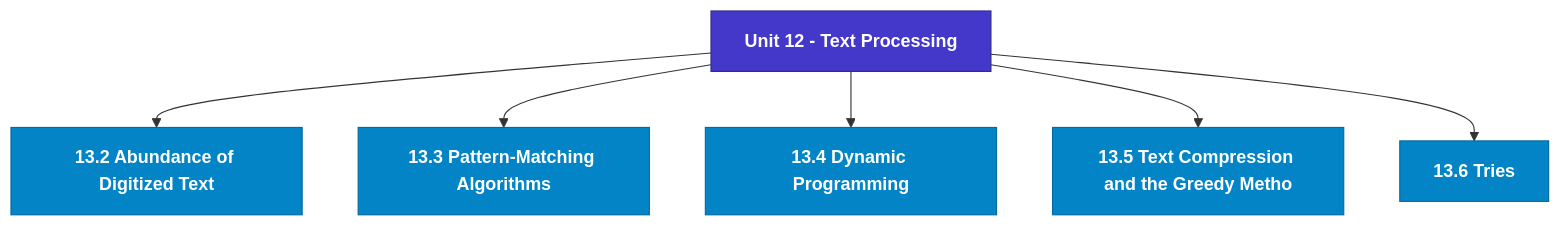
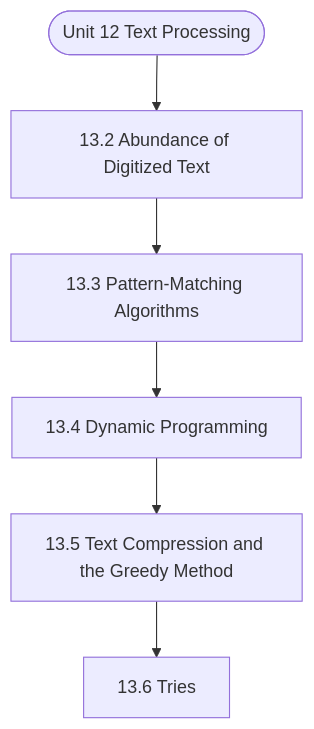
Before and after one commit to Asutosh-Coaching/mscdsa: the diagram in notes/Semester_1/MCS-063_Data_Structures_using_Python/unit_12_Text_Processing.md, drawn with Mermaid. The commit also changed other lines of this file and 115 other files, not shown here.

Commit message:
Fix Mermaid layout for mobile, isolate LaTeX delimiters, and add GitHub Pages reader

````diff
--- a/notes/Semester_1/MCS-063_Data_Structures_using_Python/unit_12_Text_Processing.md
+++ b/notes/Semester_1/MCS-063_Data_Structures_using_Python/unit_12_Text_Processing.md
@@ -19,19 +19,14 @@
 ```mermaid
 flowchart TD
-  %% Styling Definitions
-  classDef head fill:#4338ca,stroke:#312e81,color:#ffffff,font-weight:bold;
-  classDef topic fill:#0284c7,stroke:#0369a1,color:#ffffff,font-weight:600;
-  classDef sub fill:#1e293b,stroke:#475569,color:#f8fafc;
-
-  Root["Unit 12 - Text Processing"]:::head
-  M1["13.2 Abundance of Digitized Text"]:::topic
-  Root --> M1
-  M2["13.3 Pattern-Matching Algorithms"]:::topic
-  Root --> M2
-  M3["13.4 Dynamic Programming"]:::topic
-  Root --> M3
-  M4["13.5 Text Compression and the Greedy Metho"]:::topic
-  Root --> M4
-  M5["13.6 Tries"]:::topic
-  Root --> M5
+  Start(["Unit 12 Text Processing"])
+  N1["13.2 Abundance of Digitized Text"]
+  N2["13.3 Pattern-Matching Algorithms"]
+  N3["13.4 Dynamic Programming"]
+  N4["13.5 Text Compression and the Greedy Method"]
+  N5["13.6 Tries"]
+  Start --> N1
+  N1 --> N2
+  N2 --> N3
+  N3 --> N4
+  N4 --> N5
 ```
````
